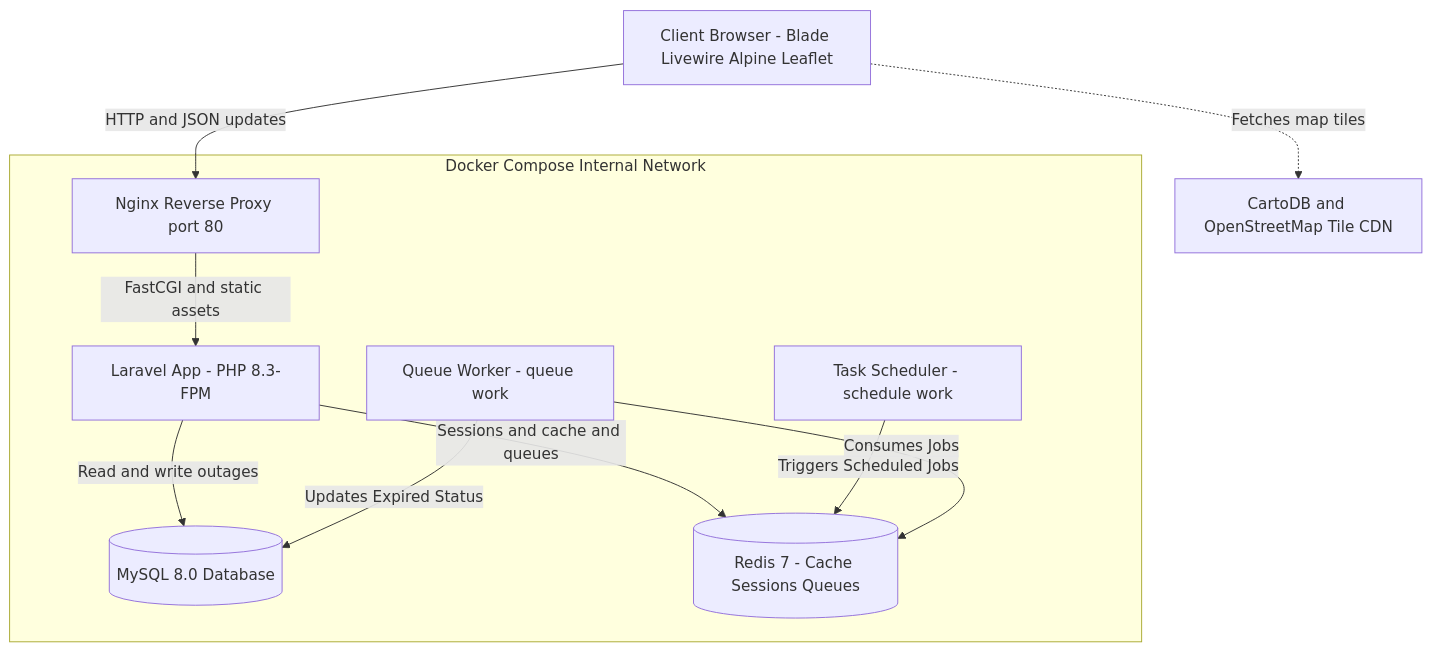
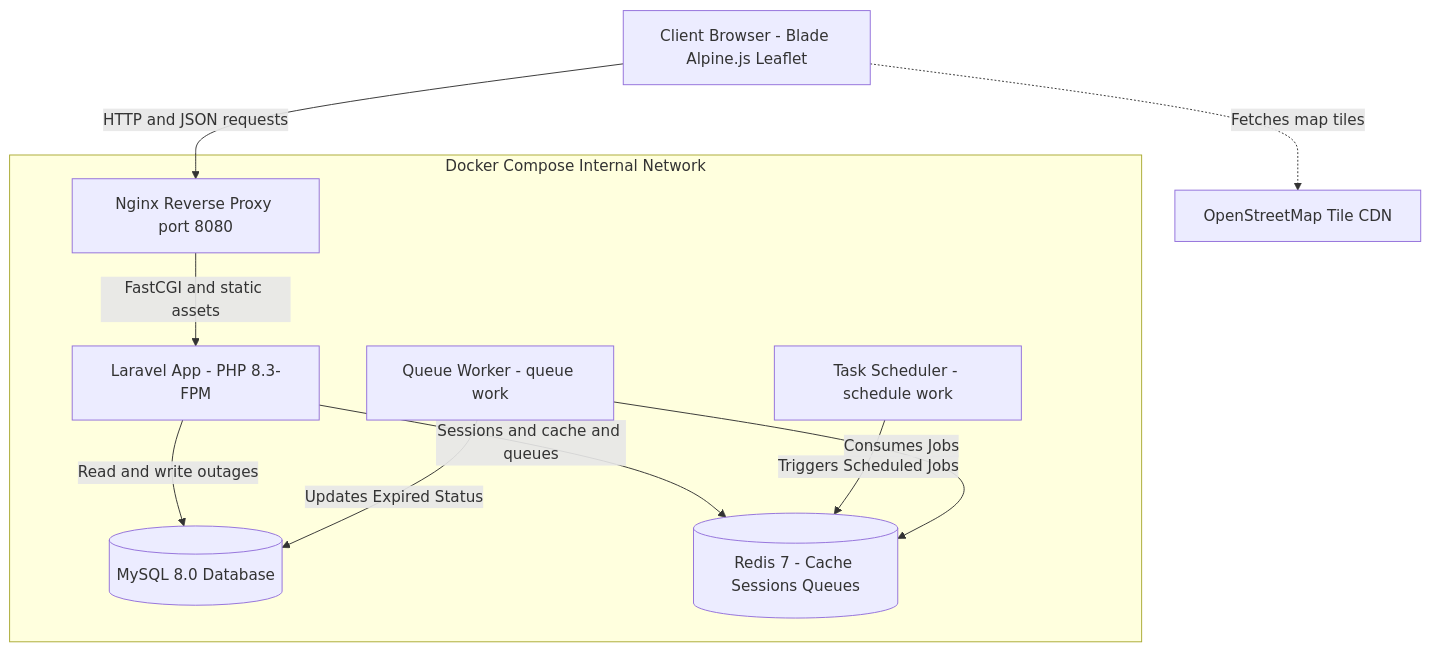
One commit to AlbertsH13/power-outage-map changed the first of 5 diagrams in ARCHITECTURE.md. Above: the diagram before and after it, drawn with Mermaid. The commit also changed other lines of this file and 17 other files, not shown here.

Commit message:
refactor: extract domain actions, implement outage editing, add error pages and align architecture documentation

````diff
--- a/ARCHITECTURE.md
+++ b/ARCHITECTURE.md
@@ -9,25 +9,25 @@
 ```mermaid
 graph TD
-    Browser["Client Browser - Blade Livewire Alpine Leaflet"]
-    Tiles["CartoDB and OpenStreetMap Tile CDN"]
+    Browser["Client Browser - Blade Alpine.js Leaflet"]
+    Tiles["OpenStreetMap Tile CDN"]
 
     subgraph Docker_Network ["Docker Compose Internal Network"]
-        Nginx["Nginx Reverse Proxy port 80"]
+        Nginx["Nginx Reverse Proxy port 8080"]
         App["Laravel App - PHP 8.3-FPM"]
         Queue["Queue Worker - queue work"]
         Scheduler["Task Scheduler - schedule work"]
         MySQL[("MySQL 8.0 Database")]
         Redis[("Redis 7 - Cache Sessions Queues")]
     end
 
-    Browser -->|"HTTP and JSON updates"| Nginx
+    Browser -->|"HTTP and JSON requests"| Nginx
     Browser -.->|"Fetches map tiles"| Tiles
     Nginx -->|"FastCGI and static assets"| App
 
     App -->|"Read and write outages"| MySQL
     App -->|"Sessions and cache and queues"| Redis
 
     Scheduler -->|"Triggers Scheduled Jobs"| Redis
     Queue -->|"Consumes Jobs"| Redis
     Queue -->|"Updates Expired Status"| MySQL
 ```
````
